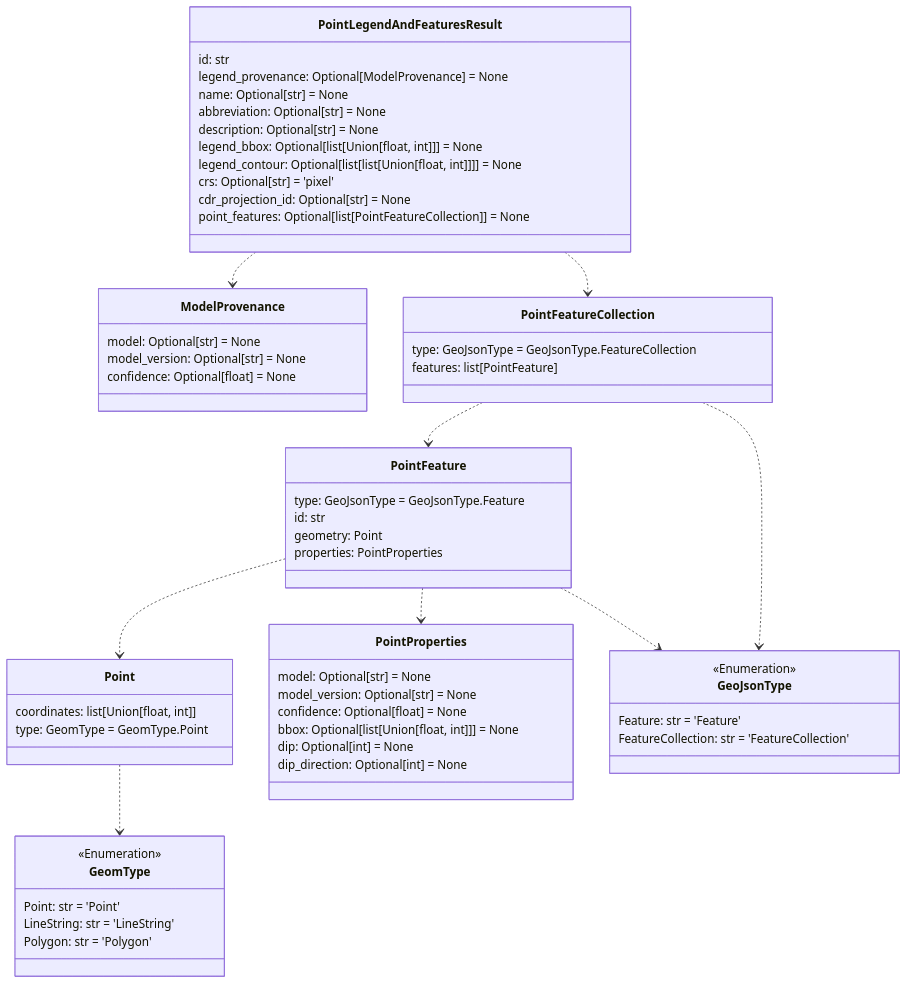
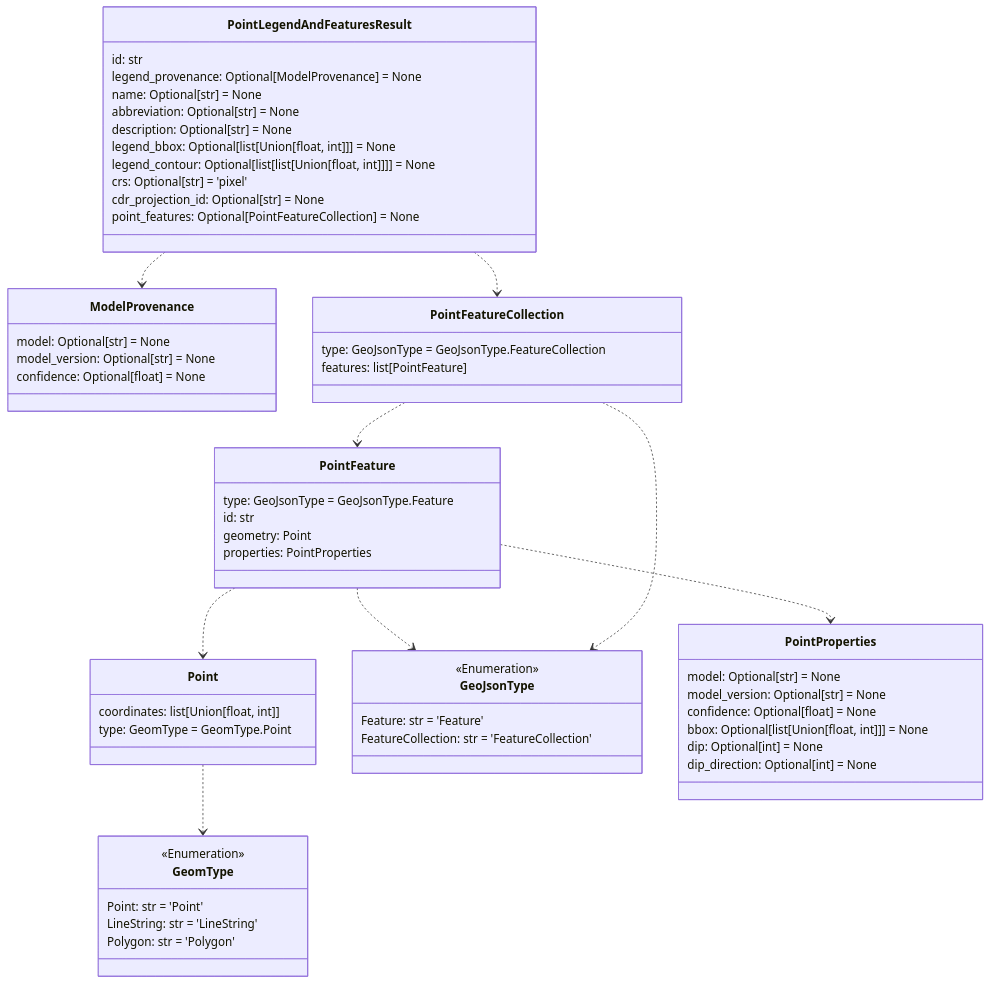
The fifth of 12 diagrams in README.md (DARPA-CRITICALMAAS/cdr_schemas), drawn with Mermaid before and after one commit. The commit also changed other lines of this file and 15 other files, not shown here.

````diff
--- a/README.md
+++ b/README.md
@@ -353,72 +353,72 @@
 ```mermaid
 classDiagram
-
-    class ModelProvenance {
-        model: Optional[str] = None
-        model_version: Optional[str] = None
-        confidence: Optional[float] = None
-    }
-
-    class PointFeatureCollection {
-        type: GeoJsonType = GeoJsonType.FeatureCollection
-        features: list[PointFeature]
-    }
 
     class Point {
         coordinates: list[Union[float, int]]
         type: GeomType = GeomType.Point
     }
 
-    class PointFeature {
-        type: GeoJsonType = GeoJsonType.Feature
-        id: str
-        geometry: Point
-        properties: PointProperties
+    class ModelProvenance {
+        model: Optional[str] = None
+        model_version: Optional[str] = None
+        confidence: Optional[float] = None
     }
 
     class PointLegendAndFeaturesResult {
         id: str
         legend_provenance: Optional[ModelProvenance] = None
         name: Optional[str] = None
         abbreviation: Optional[str] = None
         description: Optional[str] = None
         legend_bbox: Optional[list[Union[float, int]]] = None
         legend_contour: Optional[list[list[Union[float, int]]]] = None
         crs: Optional[str] = 'pixel'
         cdr_projection_id: Optional[str] = None
-        point_features: Optional[list[PointFeatureCollection]] = None
+        point_features: Optional[PointFeatureCollection] = None
+    }
+
+    class GeoJsonType {
+        <<Enumeration>>
+        Feature: str = 'Feature'
+        FeatureCollection: str = 'FeatureCollection'
+    }
+
+    class PointFeatureCollection {
+        type: GeoJsonType = GeoJsonType.FeatureCollection
+        features: list[PointFeature]
     }
 
     class PointProperties {
         model: Optional[str] = None
         model_version: Optional[str] = None
         confidence: Optional[float] = None
         bbox: Optional[list[Union[float, int]]] = None
         dip: Optional[int] = None
         dip_direction: Optional[int] = None
     }
 
+    class PointFeature {
+        type: GeoJsonType = GeoJsonType.Feature
+        id: str
+        geometry: Point
+        properties: PointProperties
+    }
+
     class GeomType {
         <<Enumeration>>
         Point: str = 'Point'
         LineString: str = 'LineString'
         Polygon: str = 'Polygon'
     }
 
-    class GeoJsonType {
-        <<Enumeration>>
-        Feature: str = 'Feature'
-        FeatureCollection: str = 'FeatureCollection'
-    }
-
     Point ..> GeomType
+    PointFeature ..> GeoJsonType
+    PointFeature ..> PointProperties
     PointFeature ..> Point
-    PointFeature ..> PointProperties
-    PointFeature ..> GeoJsonType
     PointFeatureCollection ..> PointFeature
     PointFeatureCollection ..> GeoJsonType
+    PointLegendAndFeaturesResult ..> PointFeatureCollection
     PointLegendAndFeaturesResult ..> ModelProvenance
-    PointLegendAndFeaturesResult ..> PointFeatureCollection
 
 
 ```
````
